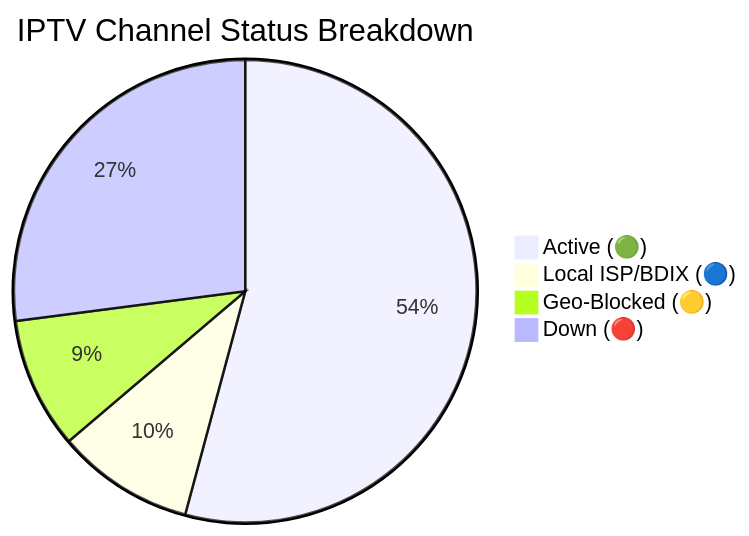
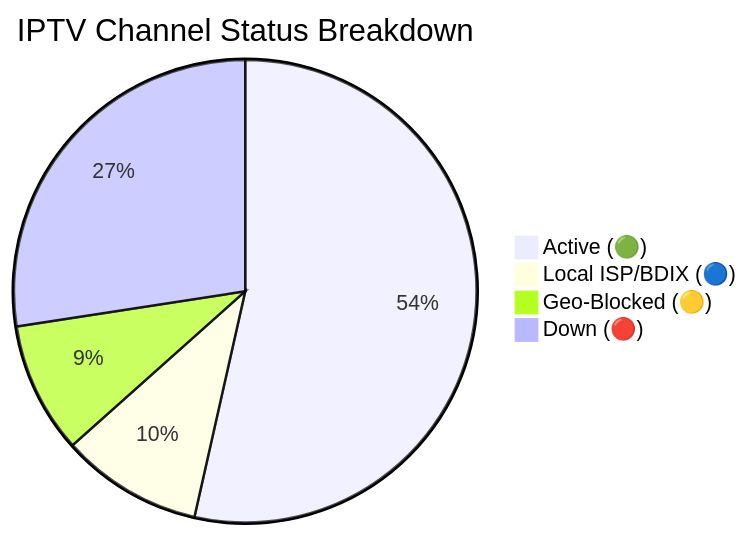
Before and after one commit to f6388600-ai/Web: the diagram in README.md, drawn with Mermaid. The commit also changed other lines of this file and 6 other files, not shown here.

````diff
--- a/README.md
+++ b/README.md
@@ -149,7 +149,7 @@
 ```mermaid
 pie title IPTV Channel Status Breakdown
-    "Active (🟢)" : 9582
-    "Local ISP/BDIX (🔵)" : 1698
-    "Geo-Blocked (🟡)" : 1620
-    "Down (🔴)" : 4785
+    "Active (🟢)" : 9511
+    "Local ISP/BDIX (🔵)" : 1757
+    "Geo-Blocked (🟡)" : 1627
+    "Down (🔴)" : 4875
 ```
````
